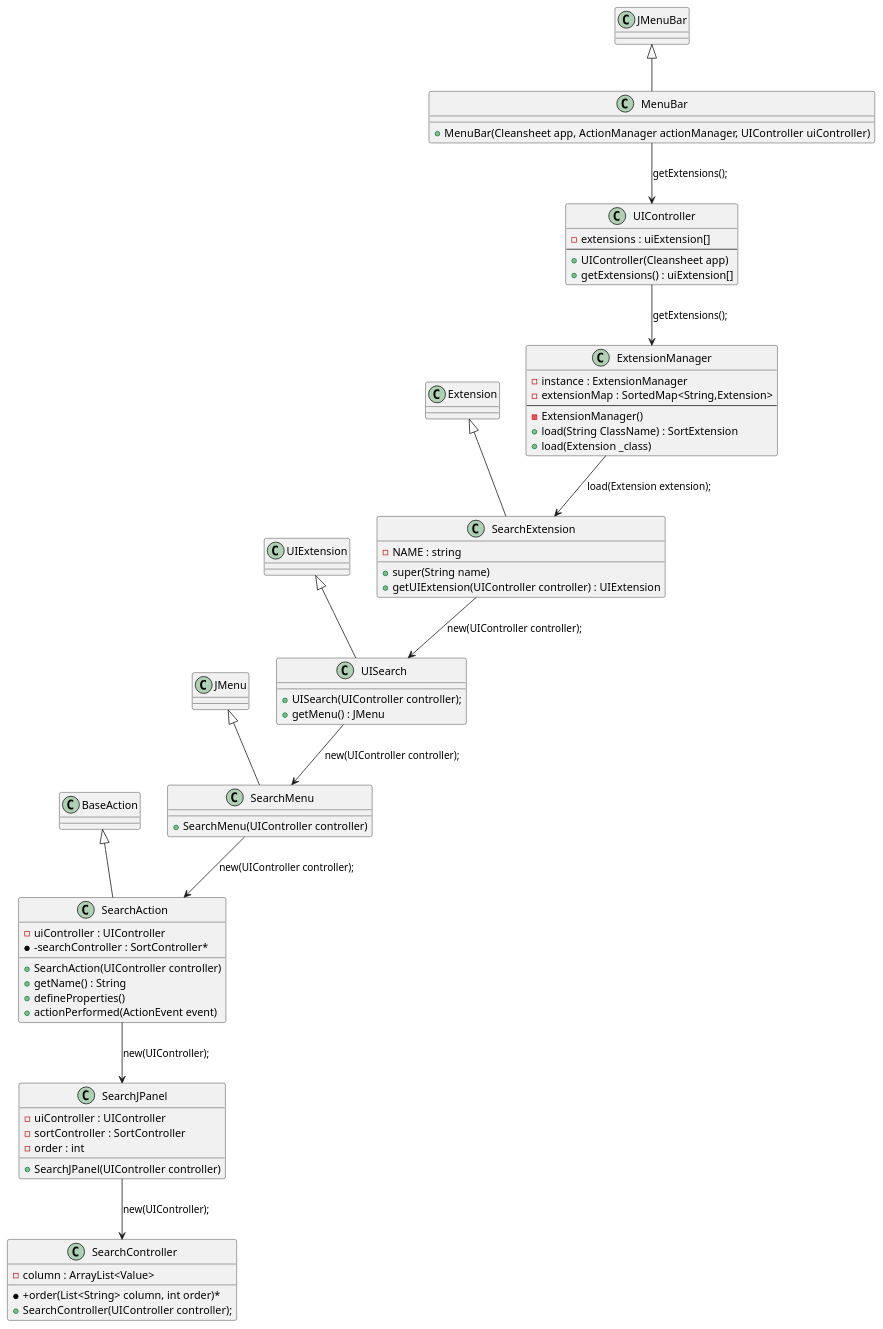
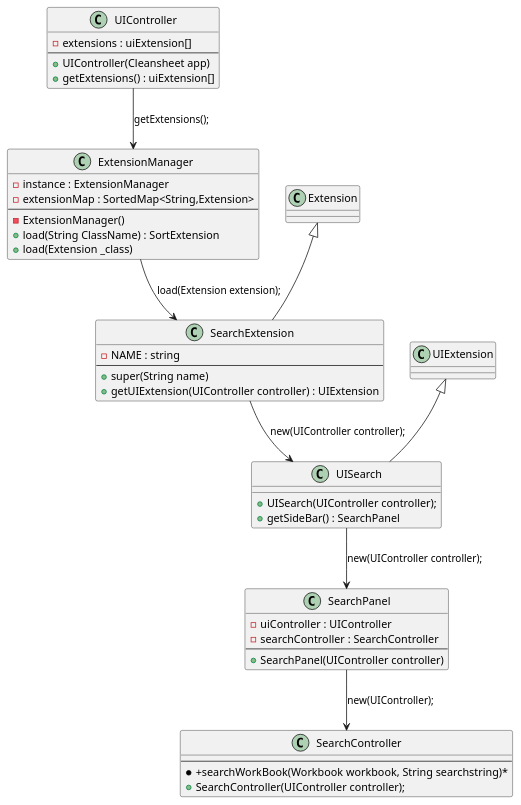
Before and after one commit to RubenTeixeira/cleansheets_isep_2dg_2016: the diagram in src/main/java/csheets/ext/search/search_class_diagram.puml, drawn with PlantUML. The commit also changed 6 other files, not shown here.

Commit message:
LPFOURDG-189  Fixed/Improved Pattern matching logic; Improved aesthetics; Updated class diagram

```diff
--- a/src/main/java/csheets/ext/search/search_class_diagram.puml
+++ b/src/main/java/csheets/ext/search/search_class_diagram.puml
@@ -1,94 +1,58 @@
- @startuml doc-files/search_class_diagram.png
-class MenuBar {
-	+MenuBar(Cleansheet app, ActionManager actionManager, UIController uiController)
-}
-
-class JMenuBar {
-}
+@startuml doc-files/search_class_diagram.png
 
 class UIController {
 	-extensions : uiExtension[]
 	--
 	+UIController(Cleansheet app)
 	+getExtensions() : uiExtension[]
 }
 
 class ExtensionManager {
 	-instance : ExtensionManager
 	-extensionMap : SortedMap<String,Extension>
 	--
 	-ExtensionManager()
 	+load(String ClassName) : SortExtension
 	+load(Extension _class)
 }
 
 class Extension{
 }
 
 class SearchExtension{
 	-NAME : string
+	--
 	+super(String name)
 	+getUIExtension(UIController controller) : UIExtension
 }
 
 class UIExtension{
 }
 
 class UISearch{
 	+UISearch(UIController controller);
-	+getMenu() : JMenu
+	+getSideBar() : SearchPanel
 }
 
-class JMenu{
+class SearchPanel{
+	-uiController : UIController
+	-searchController : SearchController
+	--
+	+SearchPanel(UIController controller)
 }
 
-class SearchMenu{
-	+SearchMenu(UIController controller)
-}
-
-class BaseAction{
-}
-
-class SearchAction{
-	-uiController : UIController
-	*-searchController : SortController*
-	+SearchAction(UIController controller)
-	+getName() : String
-	+defineProperties()
-	+actionPerformed(ActionEvent event)
-}
-
-class SearchJPanel{
-	-uiController : UIController
-	-sortController : SortController
-	-order : int
-	+SearchJPanel(UIController controller)
-}
-
-
 class SearchController{
-	-column : ArrayList<Value>
-	*+order(List<String> column, int order)*
+	--
+	*+searchWorkBook(Workbook workbook, String searchstring)*
 	+SearchController(UIController controller);
 }
 
-
-
-
-JMenuBar <|-- MenuBar
 Extension <|-- SearchExtension
 UIExtension <|-- UISearch
-JMenu <|-- SearchMenu
-BaseAction <|-- SearchAction
-
-MenuBar --> UIController : getExtensions();
 UIController --> ExtensionManager : getExtensions();
 ExtensionManager --> SearchExtension : load(Extension extension);
 SearchExtension --> UISearch : new(UIController controller);
-UISearch --> SearchMenu : new(UIController controller);
-SearchMenu --> SearchAction : new(UIController controller);
-SearchAction --> SearchJPanel : new(UIController);
-SearchJPanel --> SearchController : new(UIController);
+UISearch --> SearchPanel : new(UIController controller);
+SearchPanel --> SearchController : new(UIController);
 
-
-  @enduml
+@enduml
```
